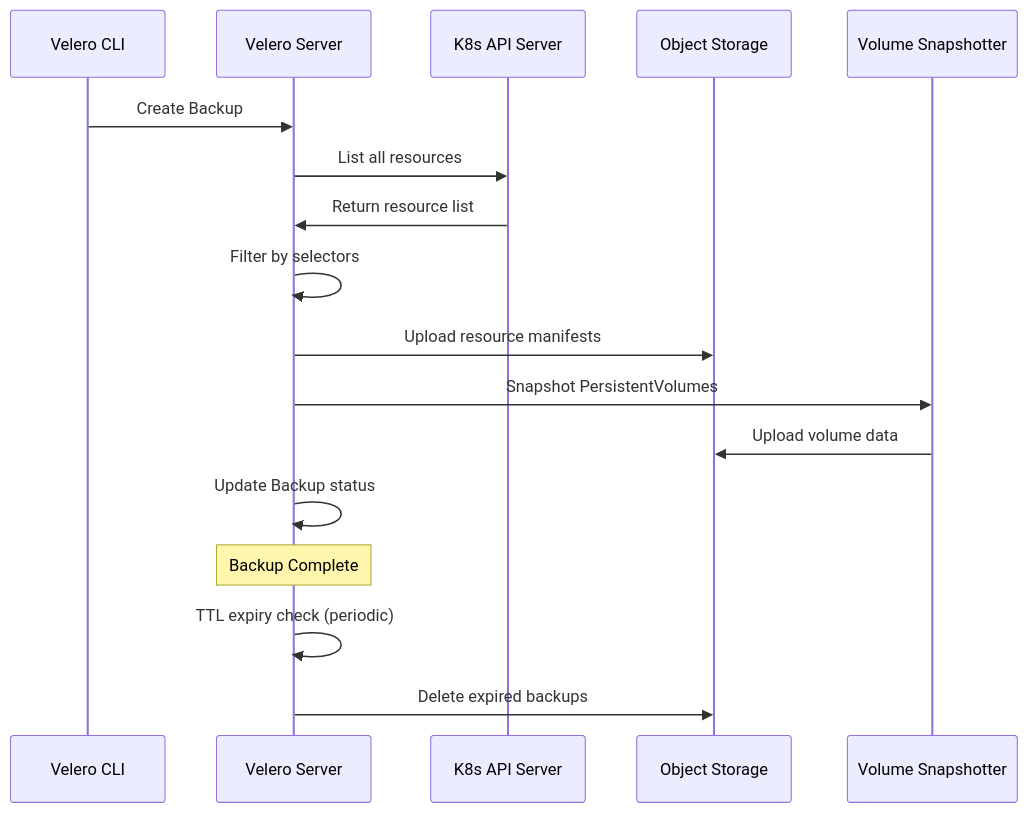
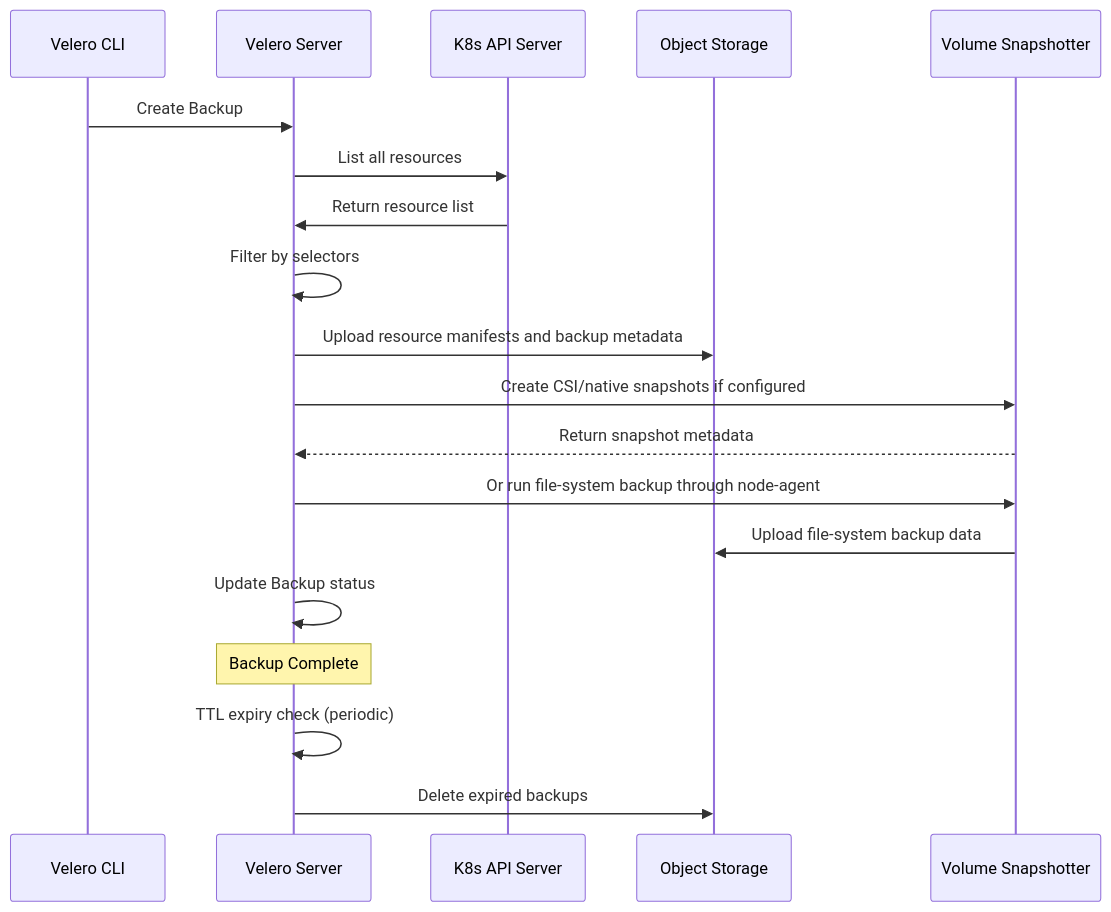
One commit to OneUptime/blog changed the second of 4 diagrams in posts/2026-02-20-velero-kubernetes-backup/README.md. Above: the diagram before and after it, drawn with Mermaid. The commit also changed other lines of this file and 2 other files, not shown here.

Commit message:
validate: 2026-02-20-velero-kubernetes-backup

````diff
--- a/posts/2026-02-20-velero-kubernetes-backup/README.md
+++ b/posts/2026-02-20-velero-kubernetes-backup/README.md
@@ -148,20 +151,22 @@
 ```mermaid
 sequenceDiagram
     participant CLI as Velero CLI
     participant Server as Velero Server
     participant API as K8s API Server
     participant Storage as Object Storage
     participant Volumes as Volume Snapshotter
 
     CLI->>Server: Create Backup
     Server->>API: List all resources
     API->>Server: Return resource list
     Server->>Server: Filter by selectors
-    Server->>Storage: Upload resource manifests
-    Server->>Volumes: Snapshot PersistentVolumes
-    Volumes->>Storage: Upload volume data
+    Server->>Storage: Upload resource manifests and backup metadata
+    Server->>Volumes: Create CSI/native snapshots if configured
+    Volumes-->>Server: Return snapshot metadata
+    Server->>Volumes: Or run file-system backup through node-agent
+    Volumes->>Storage: Upload file-system backup data
     Server->>Server: Update Backup status
     Note over Server: Backup Complete
     Server->>Server: TTL expiry check (periodic)
     Server->>Storage: Delete expired backups
 ```
````
